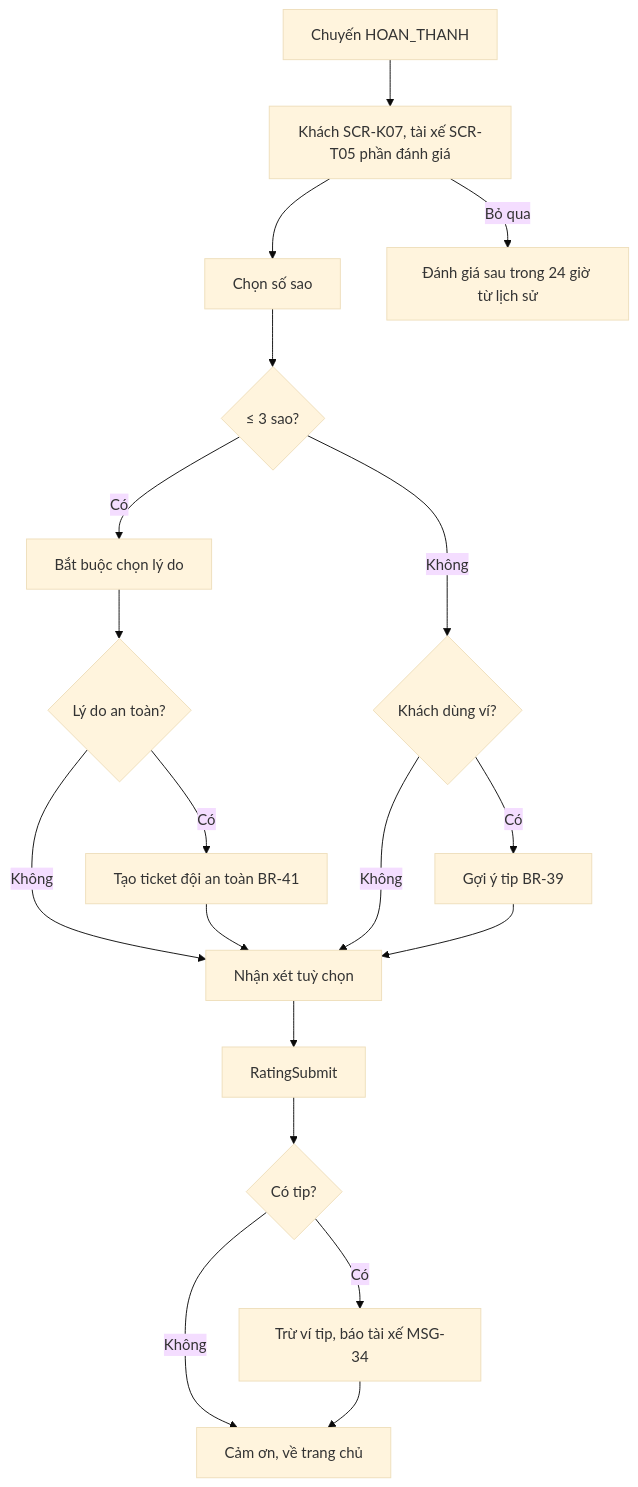
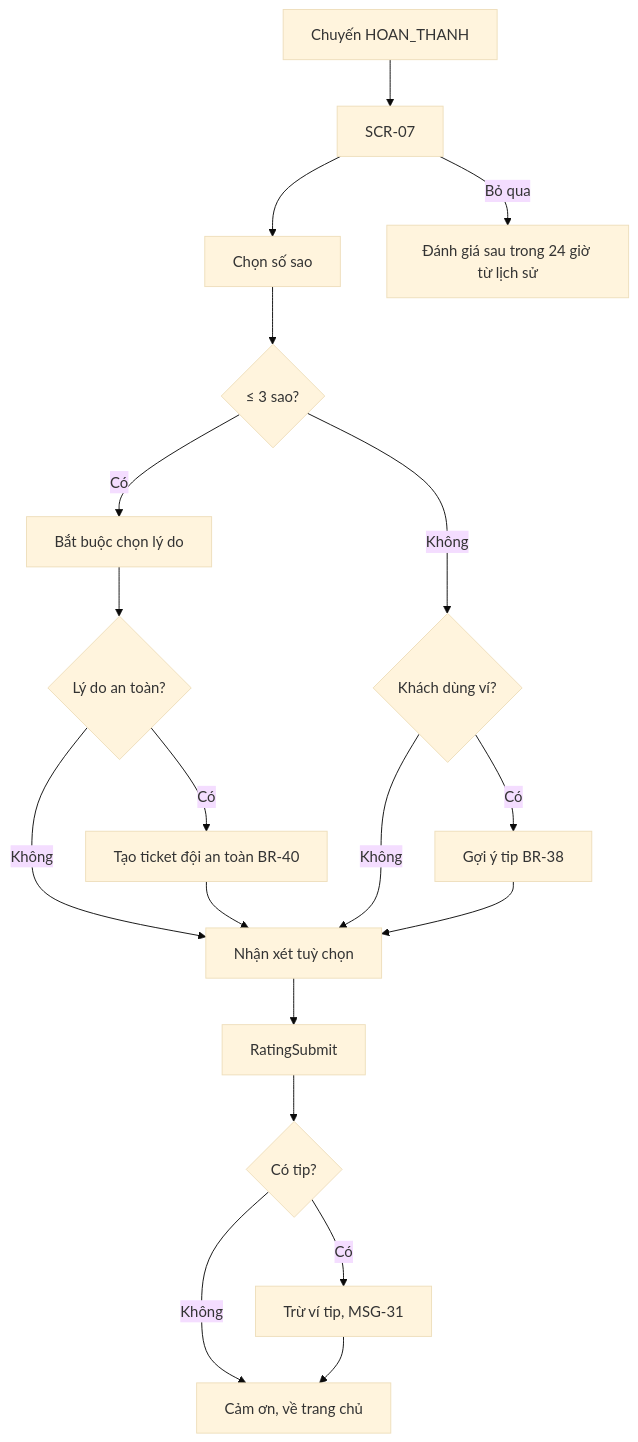
One commit to uxfoundation-vn/de05-dat-xe-cho-khach changed diagram 15 of 20 in docs/SRS.md. Above: the diagram before and after it, drawn with Mermaid (base theme). The commit also changed other lines of this file and 2 other files, not shown here.

First line of the commit message:
Đề 5: chỉ giữ luồng của khách

````diff
--- a/docs/SRS.md
+++ b/docs/SRS.md
@@ -823,21 +730,21 @@
 ```mermaid
 flowchart TD
-  A["Chuyến HOAN_THANH"] --> B["Khách SCR-K07, tài xế SCR-T05 phần đánh giá"]
+  A["Chuyến HOAN_THANH"] --> B["SCR-07"]
   B --> C["Chọn số sao"]
   C --> D{"≤ 3 sao?"}
   D -->|Có| E["Bắt buộc chọn lý do"]
   E --> F{"Lý do an toàn?"}
-  F -->|Có| G["Tạo ticket đội an toàn BR-41"]
+  F -->|Có| G["Tạo ticket đội an toàn BR-40"]
   F -->|Không| H
   G --> H["Nhận xét tuỳ chọn"]
   D -->|Không| I{"Khách dùng ví?"}
-  I -->|Có| J["Gợi ý tip BR-39"]
+  I -->|Có| J["Gợi ý tip BR-38"]
   I -->|Không| H
   J --> H
   H --> K["RatingSubmit"]
   K --> L{"Có tip?"}
-  L -->|Có| M["Trừ ví tip, báo tài xế MSG-34"]
+  L -->|Có| M["Trừ ví tip, MSG-31"]
   L -->|Không| N["Cảm ơn, về trang chủ"]
   M --> N
   B -->|Bỏ qua| O["Đánh giá sau trong 24 giờ từ lịch sử"]
 ```
````
